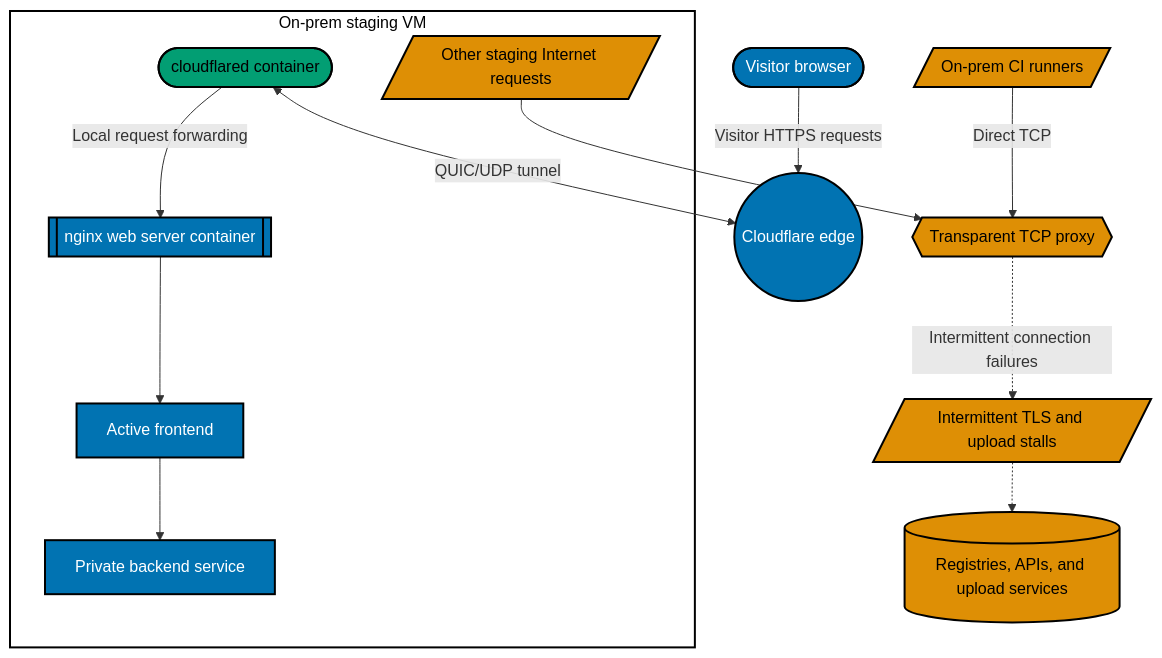
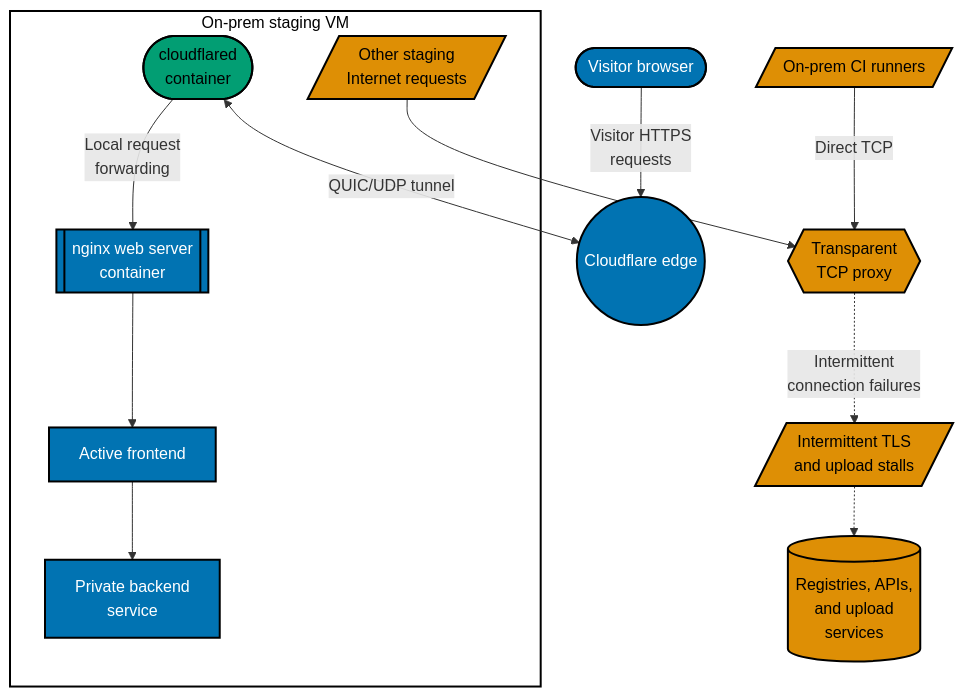
One commit to wahidyankf/ose-public changed the first of 3 diagrams in apps/ose-www/content/updates/2026-10-17-week-47-learning-paths-and-product-readiness.md. Above: the diagram before and after it, drawn with Mermaid. The commit also changed other lines of this file, not shown here.

Commit message:
docs(ose-www): fit update diagrams to Mermaid rules

````diff
--- a/apps/ose-www/content/updates/2026-10-17-week-47-learning-paths-and-product-readiness.md
+++ b/apps/ose-www/content/updates/2026-10-17-week-47-learning-paths-and-product-readiness.md
@@ -149,39 +149,40 @@
 ```mermaid
 %% Color palette: Blue #0173B2, Teal #029E73, Orange #DE8F05, Gray #808080, Black #000000, White #FFFFFF
 %% Blue marks application and visitor endpoints, teal marks the tunnel connector, orange marks affected egress, gray marks routing.
 %% Distinct branches and line styles separate the working tunnel from the intermittent TCP egress failures.
 graph TD
     accTitle: Original Cloudflare Tunnel and direct TCP egress paths
     accDescr: A visitor reaches Cloudflare edge over HTTPS. Inside the on-prem staging virtual machine, cloudflared connects outbound to Cloudflare edge; QUIC over UDP was observed on the original ISP path with automatic transport selection, and public probes passed. Separately, on-prem CI runners and other staging Internet requests used direct TCP through a transparent provider proxy to registries, application programming interfaces, and upload services. Dashed arrows mark intermittent TLS and upload stalls on this TCP branch, not on the Cloudflare Tunnel.
     BROWSER([Visitor browser]):::blue
     EDGE((Cloudflare edge)):::blue
     RUNNERS[/On-prem CI runners/]:::orange
-    SERVICES[(Registries, APIs, and upload services)]:::orange
-    PROXY{{Transparent TCP proxy}}:::orange
-    STALLS[/Intermittent TLS and upload stalls/]:::orange
+    SERVICES[("Registries, APIs,<br/>and upload<br/>services")]:::orange
+    PROXY{{"Transparent<br/>TCP proxy"}}:::orange
+    STALLS[/"Intermittent TLS<br/>and upload stalls"/]:::orange
 
     subgraph STAGING[On-prem staging VM]
-        CLOUDFLARED([cloudflared container]):::teal
-        NGINX[[nginx web server container]]:::blue
+        CLOUDFLARED(["cloudflared<br/>container"]):::teal
+        NGINX[["nginx web server<br/>container"]]:::blue
         FRONTEND[Active frontend]:::blue
-        BACKEND[Private backend service]:::blue
-        STAGE_EGRESS[/Other staging Internet requests/]:::orange
-        CLOUDFLARED -->|Local request forwarding| NGINX
+        BACKEND["Private backend<br/>service"]:::blue
+        STAGE_EGRESS[/"Other staging<br/>Internet requests"/]:::orange
+        CLOUDFLARED -->|Local request<br/>forwarding| NGINX
         NGINX --> FRONTEND
         FRONTEND --> BACKEND
     end
 
-    BROWSER -->|Visitor HTTPS requests| EDGE
+    BROWSER -->|Visitor HTTPS<br/>requests| EDGE
     CLOUDFLARED <-->|QUIC/UDP tunnel| EDGE
     RUNNERS -->|Direct TCP| PROXY
     STAGE_EGRESS --> PROXY
-    PROXY -.->|Intermittent connection failures| STALLS
+    PROXY -.->|Intermittent<br/>connection failures| STALLS
     STALLS -.-> SERVICES
 
     classDef blue fill:#0173B2,stroke:#000000,color:#FFFFFF,stroke-width:2px
     classDef teal fill:#029E73,stroke:#000000,color:#000000,stroke-width:2px
     classDef orange fill:#DE8F05,stroke:#000000,color:#000000,stroke-width:2px
     classDef gray fill:#808080,stroke:#000000,color:#000000,stroke-width:2px
     classDef default fill:#FFFFFF,stroke:#000000,color:#000000,stroke-width:2px
-    style STAGING fill:#FFFFFF,stroke:#000000,stroke-width:2px,color:#000000
+    classDef staging fill:#FFFFFF,stroke:#000000,stroke-width:2px,color:#000000
+    class STAGING staging
 ```
````
